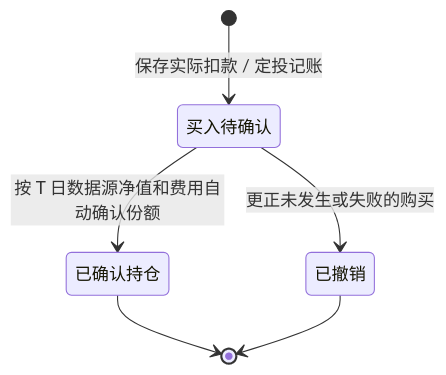
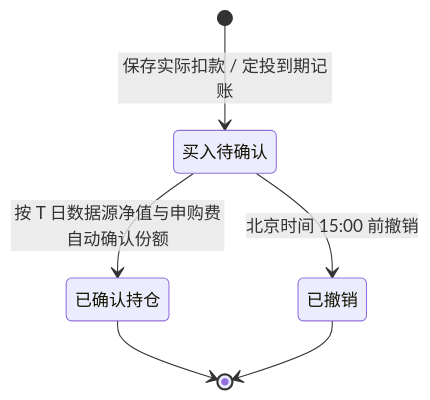
Before and after one commit to zhousl0801/LifeUp: the second of 2 diagrams in docs/product/LifeUp-产品设计文档-V1.1.md, drawn with Mermaid. The commit also changed other lines of this file and 15 other files, not shown here.

````diff
--- a/docs/product/LifeUp-产品设计文档-V1.1.md
+++ b/docs/product/LifeUp-产品设计文档-V1.1.md
@@ -399,8 +364,8 @@
 ```mermaid
 stateDiagram-v2
-    [*] --> 买入待确认: 保存实际扣款 / 定投记账
-    买入待确认 --> 已确认持仓: 按 T 日数据源净值和费用自动确认份额
-    买入待确认 --> 已撤销: 更正未发生或失败的购买
+    [*] --> 买入待确认: 保存实际扣款 / 定投到期记账
+    买入待确认 --> 已确认持仓: 按 T 日数据源净值与申购费自动确认份额
+    买入待确认 --> 已撤销: 北京时间 15:00 前撤销
     已确认持仓 --> [*]
     已撤销 --> [*]
 ```
````
